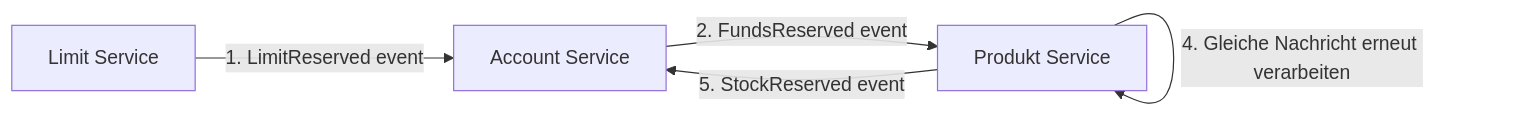
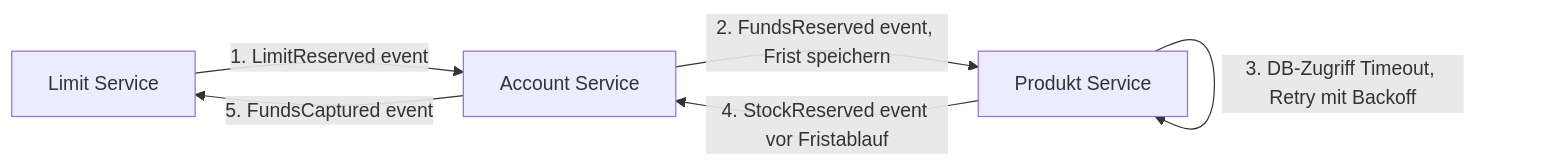
One commit to Adrian-Hansen-dev/second-hand-ticket-app changed diagram 21 of 30 in project-2/abgabe_projekt_2.md. Above: the diagram before and after it, drawn with Mermaid. The commit also changed other lines of this file, not shown here.

First line of the commit message:
Projekt 2: Timeout in der Choreographie über Frist

````diff
--- a/project-2/abgabe_projekt_2.md
+++ b/project-2/abgabe_projekt_2.md
@@ -748,12 +766,12 @@
 ```mermaid
 flowchart LR
     LS[Limit Service]
     AS[Account Service]
     PS[Produkt Service]
 
     LS -->|1. LimitReserved event| AS
-    AS -->|2. FundsReserved event| PS
-    PS -->|3. Verarbeitung Timeout| PS
-    PS -->|4. Gleiche Nachricht erneut verarbeiten| PS
-    PS -->|5. StockReserved event| AS
+    AS -->|2. FundsReserved event, Frist speichern| PS
+    PS -->|3. DB-Zugriff Timeout, Retry mit Backoff| PS
+    PS -->|4. StockReserved event vor Fristablauf| AS
+    AS -->|5. FundsCaptured event| LS
 ```
````
